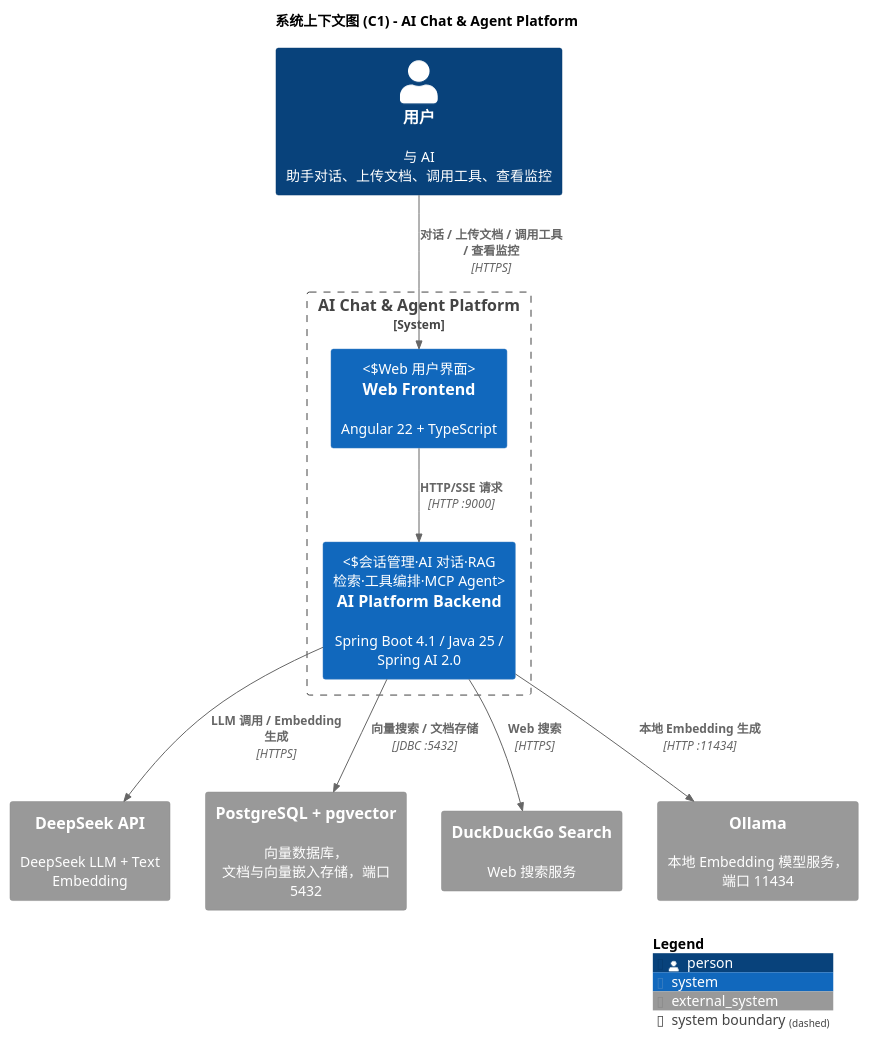
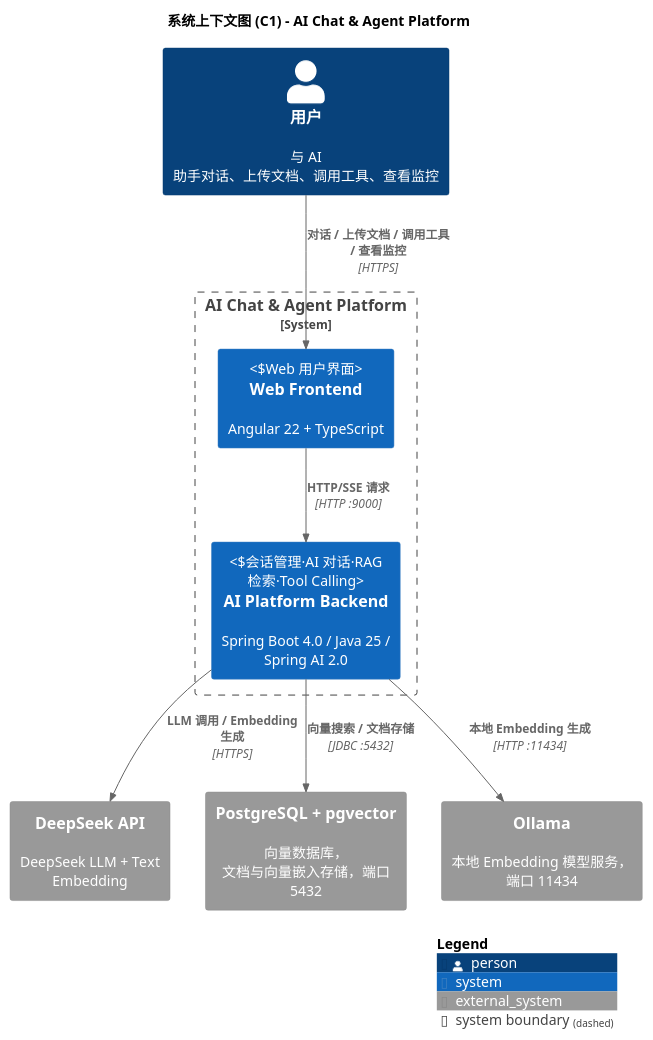
One commit to felixzhu97/explore-ai changed the diagram in docs/c4/C1-Context.puml. Above: the diagram before and after it, drawn with PlantUML. The commit also changed 10 other files, not shown here.

```diff
--- a/docs/c4/C1-Context.puml
+++ b/docs/c4/C1-Context.puml
@@ -1,40 +1,38 @@
 @startuml C1-Context
 !include https://raw.githubusercontent.com/plantuml-stdlib/C4-PlantUML/master/C4_Context.puml
 
 LAYOUT_WITH_LEGEND()
 
 title 系统上下文图 (C1) - AI Chat & Agent Platform
 
 ' ============================================================
 ' PEOPLE - 人员
 ' ============================================================
 Person(user, "用户", "与 AI 助手对话、上传文档、调用工具、查看监控")
 
 ' ============================================================
 ' AI Chat & Agent Platform 系统边界
 ' ============================================================
 System_Boundary(ai_platform, "AI Chat & Agent Platform") {
     System(frontend, "Web Frontend", "Angular 22 + TypeScript", "Web 用户界面")
-    System(backend, "AI Platform Backend", "Spring Boot 4.1 / Java 25 / Spring AI 2.0", "会话管理·AI 对话·RAG 检索·工具编排·MCP Agent")
+    System(backend, "AI Platform Backend", "Spring Boot 4.0 / Java 25 / Spring AI 2.0", "会话管理·AI 对话·RAG 检索·Tool Calling")
 }
 
 ' ============================================================
 ' EXTERNAL SYSTEMS - 外部系统
 ' ============================================================
 System_Ext(deepseek_api, "DeepSeek API", "DeepSeek LLM + Text Embedding")
 System_Ext(postgresql, "PostgreSQL + pgvector", "向量数据库，文档与向量嵌入存储，端口 5432")
-System_Ext(duckduckgo, "DuckDuckGo Search", "Web 搜索服务")
 System_Ext(ollama, "Ollama", "本地 Embedding 模型服务，端口 11434")
 
 ' ============================================================
 ' RELATIONSHIPS - 关系
 ' ============================================================
 Rel(user, frontend, "对话 / 上传文档 / 调用工具 / 查看监控", "HTTPS")
 Rel(frontend, backend, "HTTP/SSE 请求", "HTTP :9000")
 Rel(backend, deepseek_api, "LLM 调用 / Embedding 生成", "HTTPS")
 Rel(backend, postgresql, "向量搜索 / 文档存储", "JDBC :5432")
-Rel(backend, duckduckgo, "Web 搜索", "HTTPS")
 Rel(backend, ollama, "本地 Embedding 生成", "HTTP :11434")
 
 SHOW_LEGEND()
 @enduml
```
